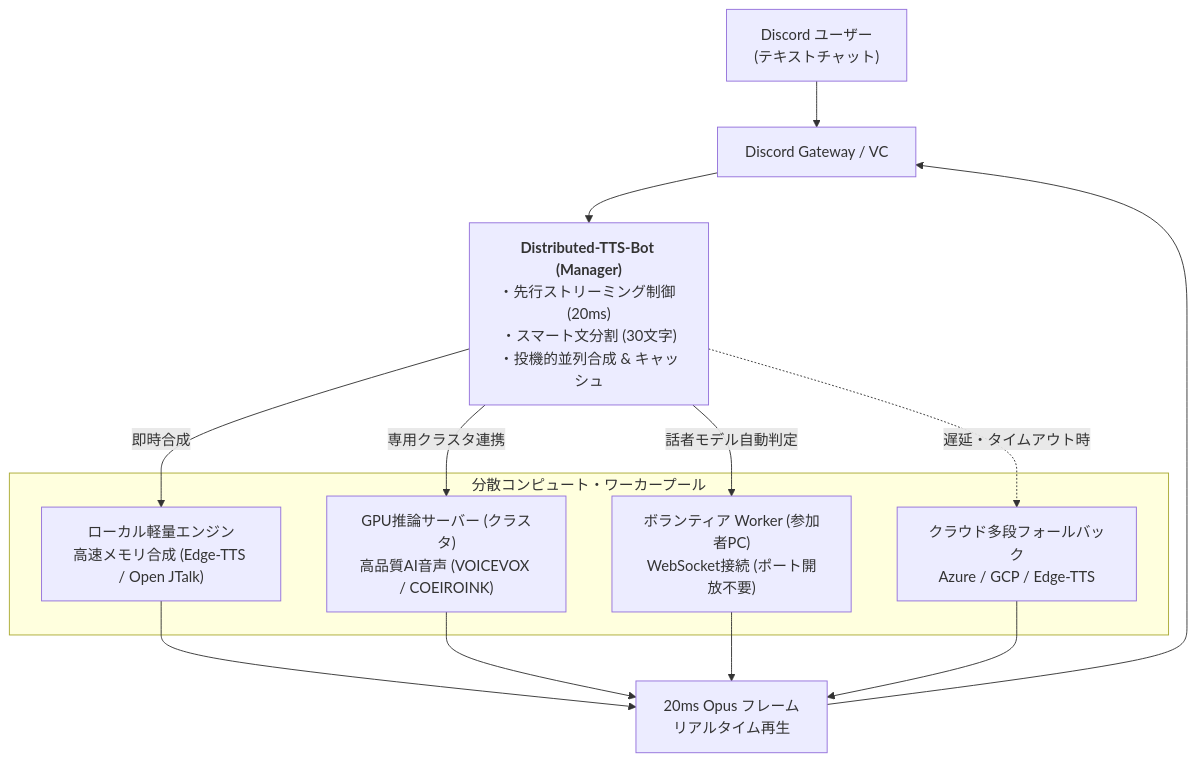
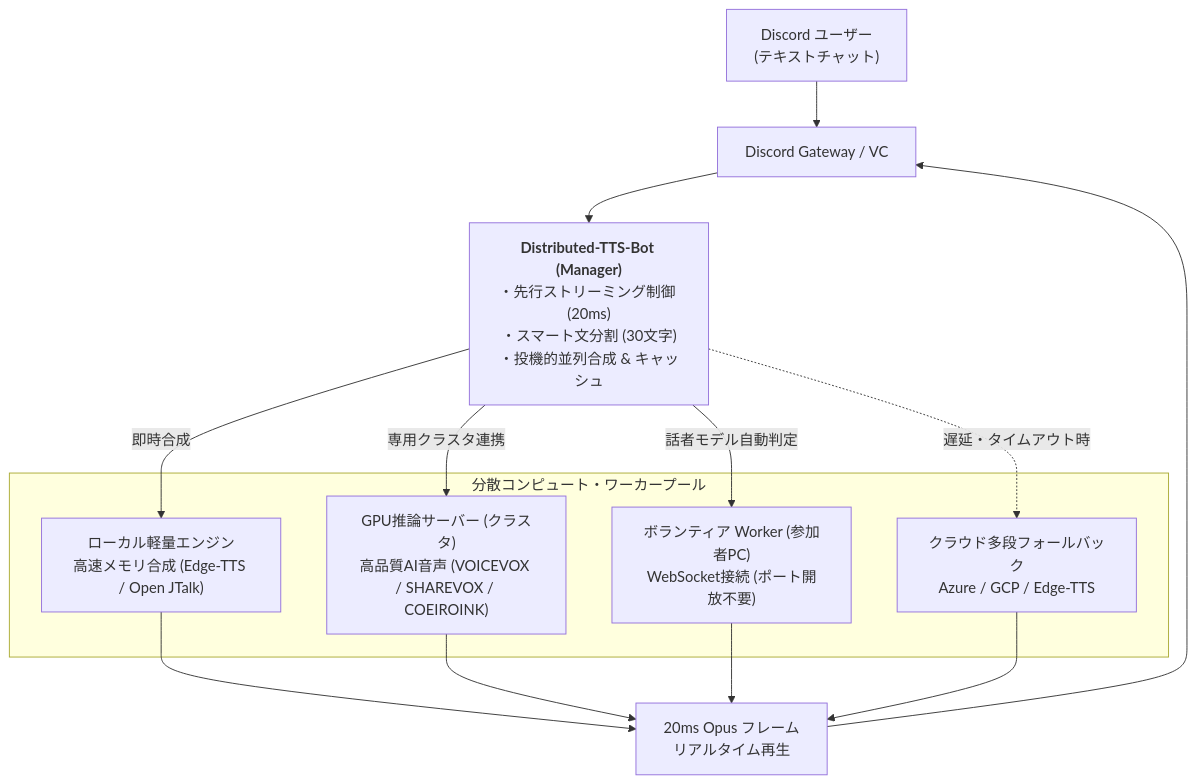
One commit to Maximilian2022/Distributed-TTS-Bot changed the diagram in README.md. Above: the diagram before and after it, drawn with Mermaid. The commit also changed other lines of this file and 5 other files, not shown here.

````diff
--- a/README.md
+++ b/README.md
@@ -24,23 +24,23 @@
 ```mermaid
 graph TD
     User["Discord ユーザー<br>(テキストチャット)"] --> Discord["Discord Gateway / VC"]
     Discord --> Bot["<b>Distributed-TTS-Bot (Manager)</b><br>・先行ストリーミング制御 (20ms)<br>・スマート文分割 (30文字)<br>・投機的並列合成 & キャッシュ"]
 
     subgraph "分散コンピュート・ワーカープール"
         LocalFast["ローカル軽量エンジン<br>高速メモリ合成 (Edge-TTS / Open JTalk)"]
-        GPUWorker["GPU推論サーバー (クラスタ)<br>高品質AI音声 (VOICEVOX / COEIROINK)"]
+        GPUWorker["GPU推論サーバー (クラスタ)<br>高品質AI音声 (VOICEVOX / SHAREVOX / COEIROINK)"]
         WorkerVol["ボランティア Worker (参加者PC)<br>WebSocket接続 (ポート開放不要)"]
         Cloud["クラウド多段フォールバック<br>Azure / GCP / Edge-TTS"]
     end
 
     Bot -->|即時合成| LocalFast
     Bot -->|専用クラスタ連携| GPUWorker
     Bot -->|話者モデル自動判定| WorkerVol
     Bot -.->|遅延・タイムアウト時| Cloud
 
     LocalFast --> Stream["20ms Opus フレーム<br>リアルタイム再生"]
     GPUWorker --> Stream
     WorkerVol --> Stream
     Cloud --> Stream
     Stream --> Discord
 ```
````
